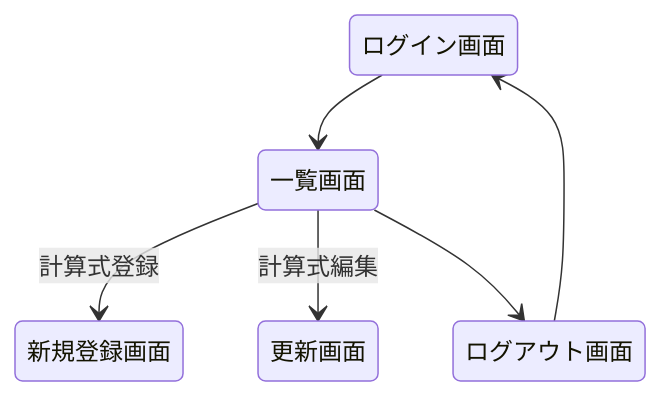
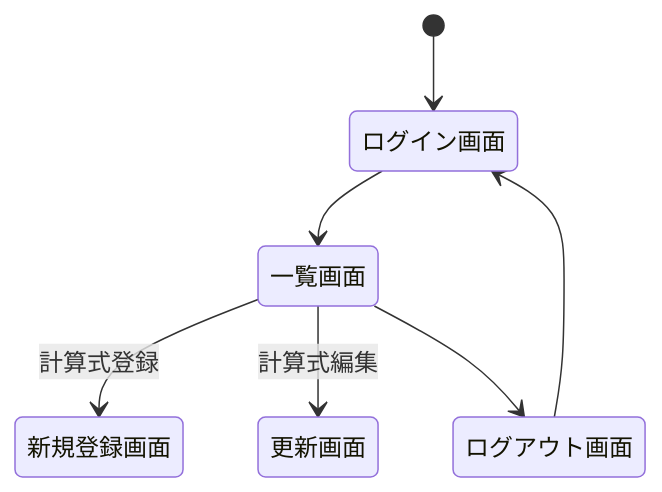
Before and after one commit to shinmyoun/spring_DateCalc: the diagram in README.md, drawn with Mermaid. The commit also changed other lines of this file, not shown here.

Commit message:
画面遷移図を微修正 ログイン画面の画像を差し替え ユーザー名とパスワード情報を修正

````diff
--- a/README.md
+++ b/README.md
@@ -18,8 +18,9 @@
 ```mermaid
 stateDiagram-v2
+    [*] --> ログイン画面
     ログイン画面 --> 一覧画面
     一覧画面 --> 新規登録画面: 計算式登録
     一覧画面 --> 更新画面: 計算式編集
     一覧画面 --> ログアウト画面
     ログアウト画面 --> ログイン画面
 ```
````
